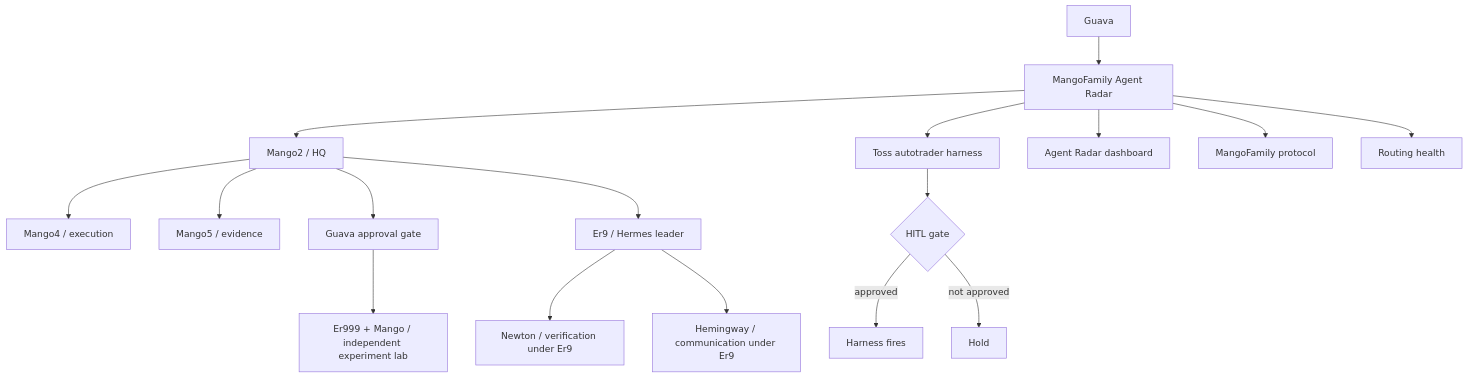
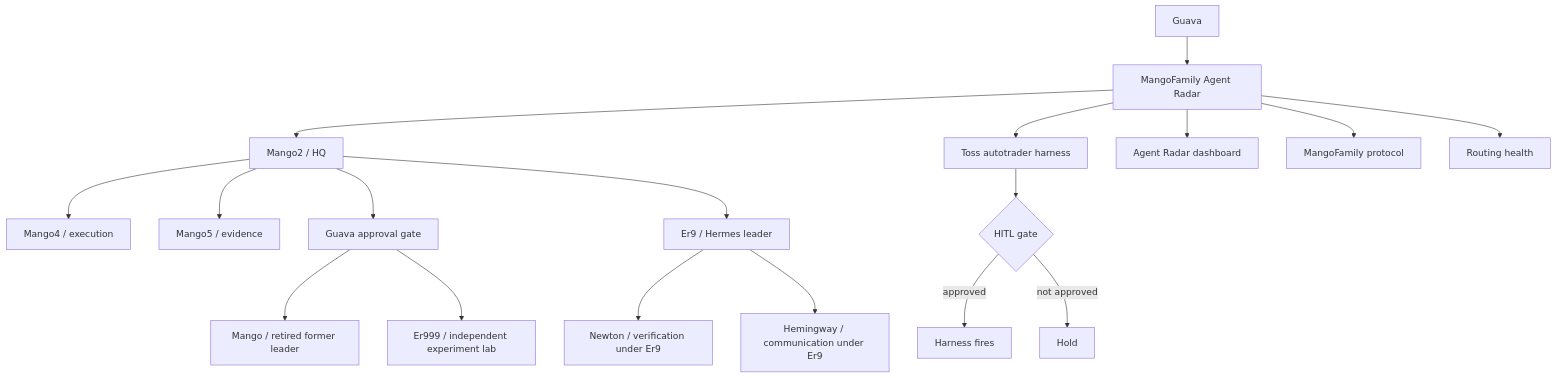
The diagram in README.md (SuperGuava/agent-radar-dashboard), drawn with Mermaid before and after one commit. The commit also changed other lines of this file and 3 other files, not shown here.

Commit message:
Clarify retired Mango lab role

````diff
--- a/README.md
+++ b/README.md
@@ -15,21 +15,22 @@
 ```mermaid
 flowchart TD
   Guava[Guava] --> Radar[MangoFamily Agent Radar]
   Radar --> HQ[Mango2 / HQ]
   HQ --> M4[Mango4 / execution]
   HQ --> M5[Mango5 / evidence]
   HQ --> GuavaGate[Guava approval gate]
-  GuavaGate --> E999[Er999 + Mango / independent experiment lab]
+  GuavaGate --> Mango[Mango / retired former leader]
+  GuavaGate --> E999[Er999 / independent experiment lab]
   HQ --> E9[Er9 / Hermes leader]
   E9 --> Newton[Newton / verification under Er9]
   E9 --> Hemingway[Hemingway / communication under Er9]
 
   Radar --> W1[Toss autotrader harness]
   Radar --> W2[Agent Radar dashboard]
   Radar --> W3[MangoFamily protocol]
   Radar --> W4[Routing health]
 
   W1 --> G1{HITL gate}
   G1 -->|approved| Fire[Harness fires]
   G1 -->|not approved| Hold[Hold]
 ```
````
